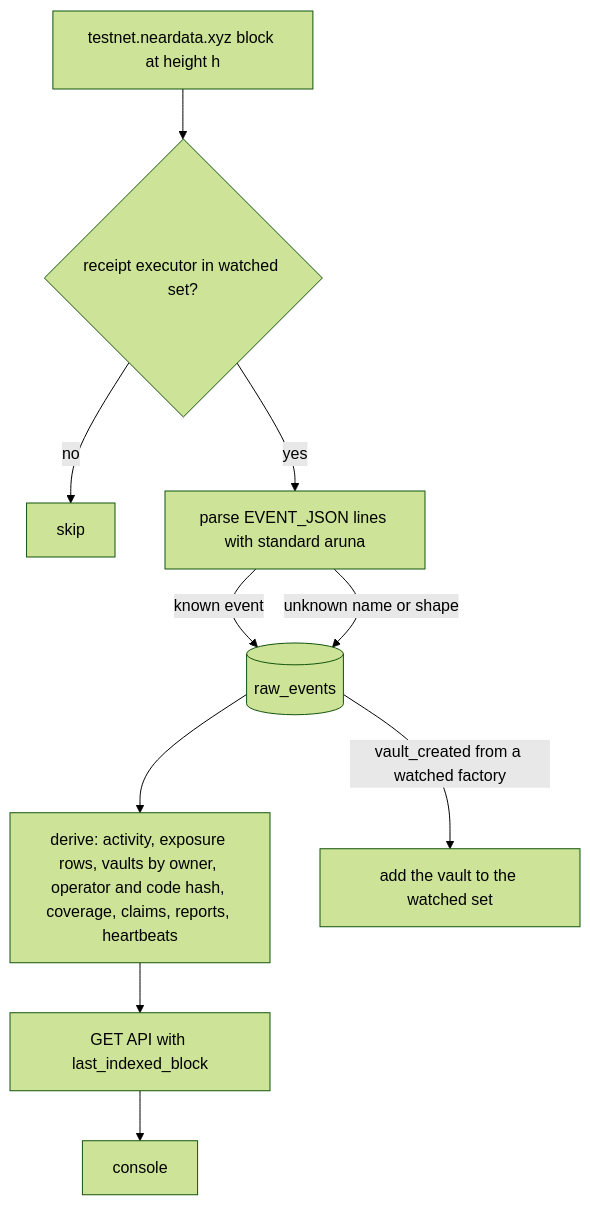
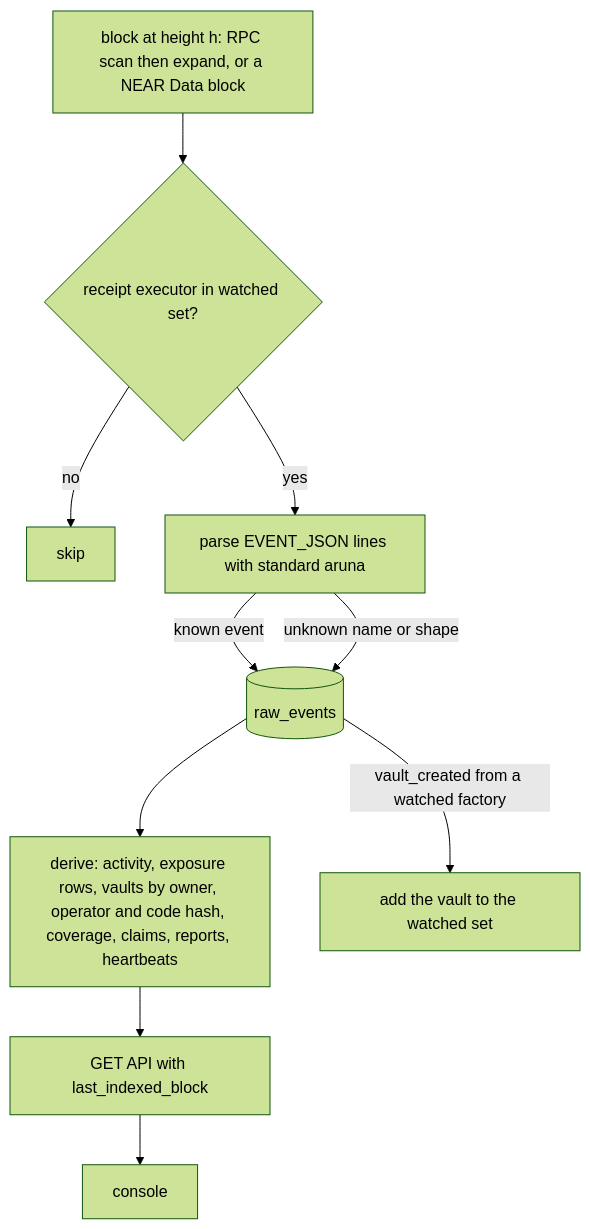
One commit to Aruna-Finance/aruna changed the second of 4 diagrams in docs/plans/2026-11-11-1645-feat-live-console-indexer-migration-sim-plan.md. Above: the diagram before and after it, drawn with Mermaid (forest theme). The commit also changed other lines of this file and 12 other files, not shown here.

````diff
--- a/docs/plans/2026-11-11-1645-feat-live-console-indexer-migration-sim-plan.md
+++ b/docs/plans/2026-11-11-1645-feat-live-console-indexer-migration-sim-plan.md
@@ -316,12 +316,12 @@
 ```mermaid
 flowchart TB
-  ND[testnet.neardata.xyz block at height h] --> F{receipt executor in watched set?}
+  ND[block at height h: RPC scan then expand, or a NEAR Data block] --> F{receipt executor in watched set?}
   F -->|no| SKIP[skip]
   F -->|yes| P[parse EVENT_JSON lines with standard aruna]
   P -->|known event| RAW[(raw_events)]
   P -->|unknown name or shape| RAW
   RAW --> D[derive: activity, exposure rows, vaults by owner, operator and code hash, coverage, claims, reports, heartbeats]
   RAW -->|vault_created from a watched factory| W[add the vault to the watched set]
   D --> API[GET API with last_indexed_block]
   API --> WEB[console]
 ```
````
